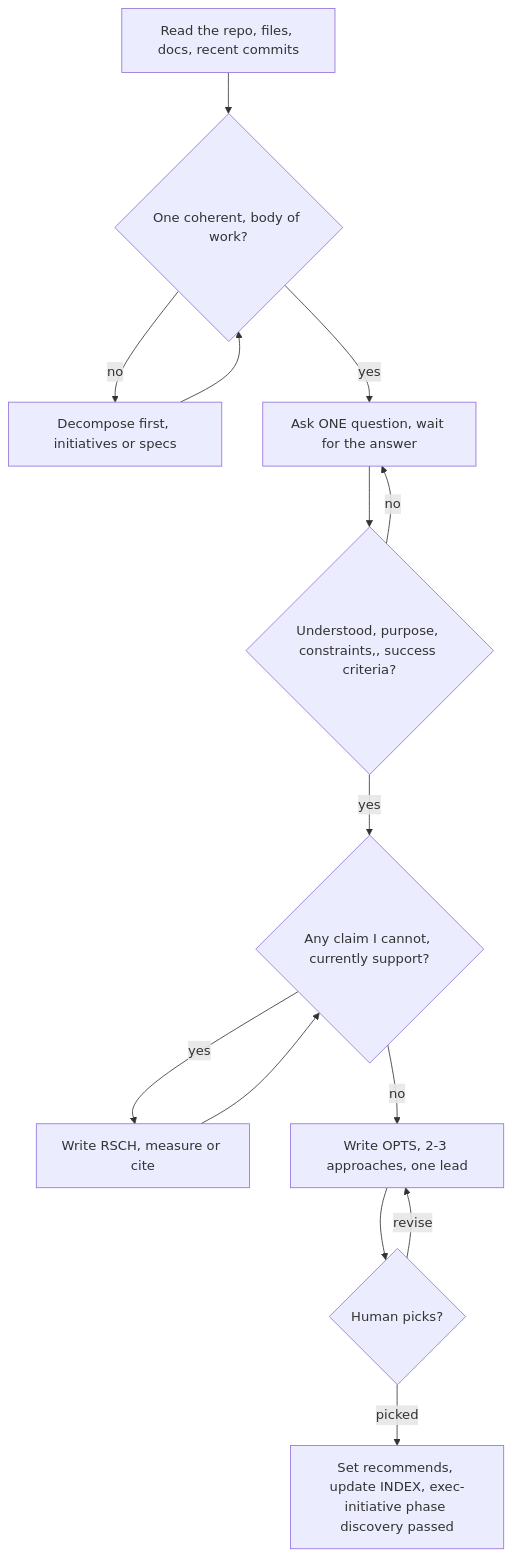
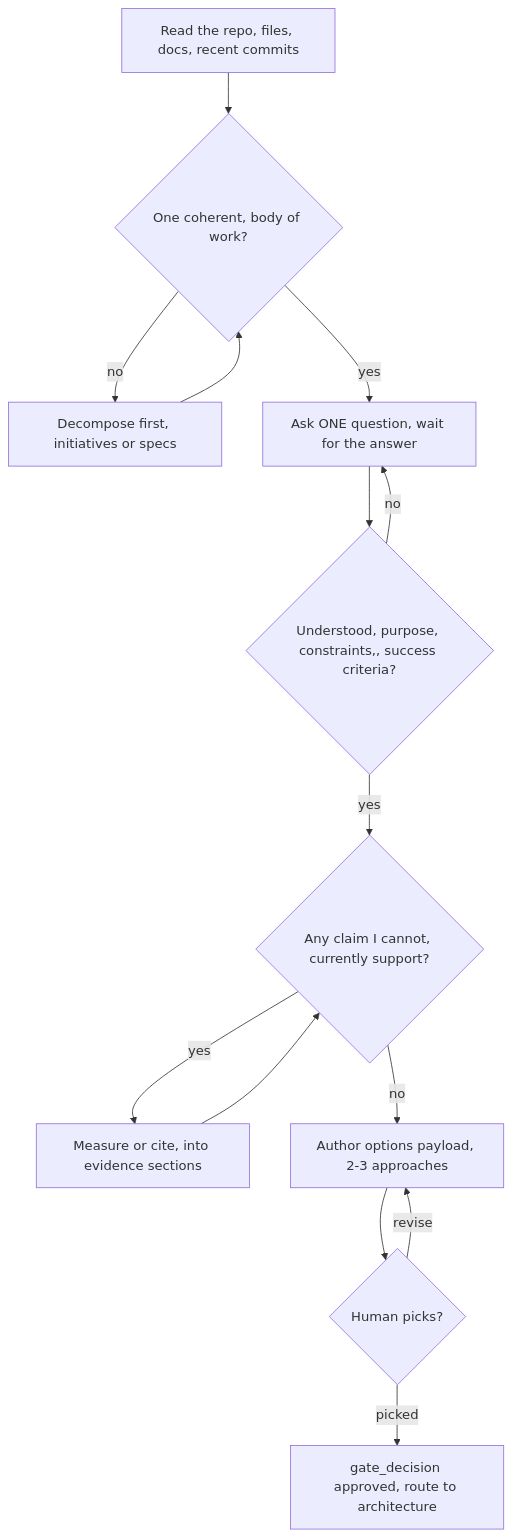
The diagram in skills/executor-discovery/SKILL.md (Atri10/executor), drawn with Mermaid before and after one commit. The commit also changed other lines of this file and 40 other files, not shown here.

````diff
--- a/skills/executor-discovery/SKILL.md
+++ b/skills/executor-discovery/SKILL.md
@@ -55,16 +53,16 @@
 ```mermaid
 flowchart TB
     CTX["Read the repo, files, docs, recent commits"] --> SCOPE{"One coherent, body of work?"}
     SCOPE -->|"no"| DEC["Decompose first, initiatives or specs"]
     DEC --> SCOPE
     SCOPE -->|"yes"| Q["Ask ONE question, wait for the answer"]
     Q --> MORE{"Understood, purpose, constraints,, success criteria?"}
     MORE -->|"no"| Q
     MORE -->|"yes"| EV{"Any claim I cannot, currently support?"}
-    EV -->|"yes"| RSCH["Write RSCH, measure or cite"]
+    EV -->|"yes"| RSCH["Measure or cite, into evidence sections"]
     RSCH --> EV
-    EV -->|"no"| OPTS["Write OPTS, 2-3 approaches, one lead"]
+    EV -->|"no"| OPTS["Author options payload, 2-3 approaches"]
     OPTS --> GATE{"Human picks?"}
     GATE -->|"revise"| OPTS
-    GATE -->|"picked"| PASS["Set recommends, update INDEX, exec-initiative phase discovery passed"]
+    GATE -->|"picked"| PASS["gate_decision approved, route to architecture"]
 ```
````
